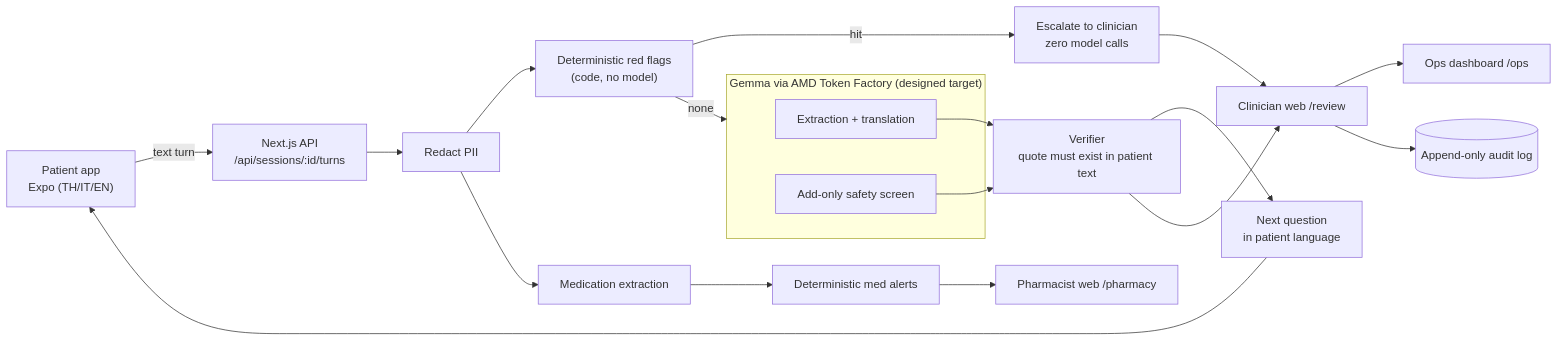
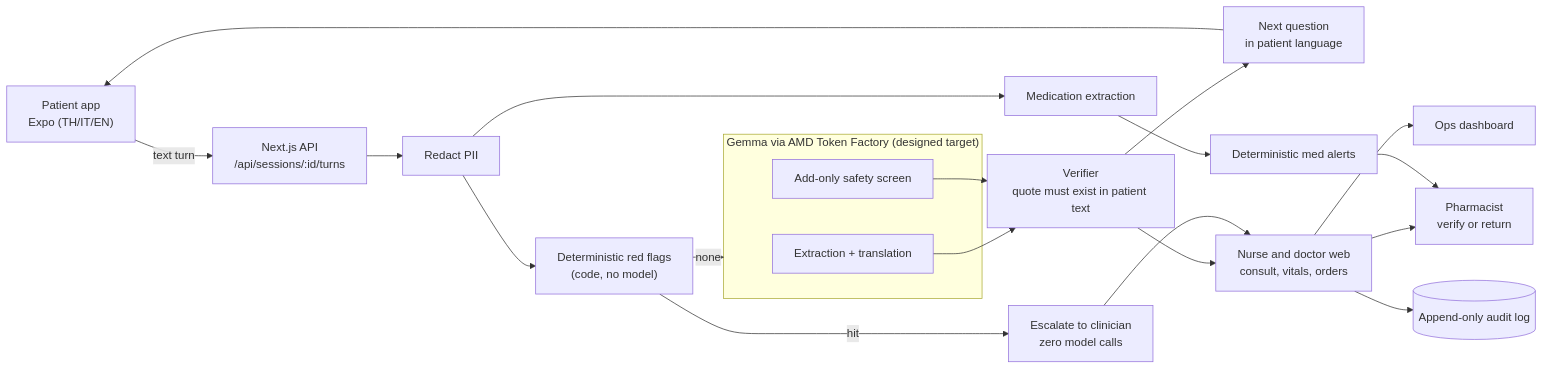
The diagram in README.md (AscalonX/MedX-AI), drawn with Mermaid before and after one commit. The commit also changed other lines of this file and 10 other files, not shown here.

Commit message:
docs: beautiful README — banner, badges, journey collage, architecture, safety, quick start, limitations

````diff
--- a/README.md
+++ b/README.md
@@ -42,22 +71,23 @@
 ```mermaid
 flowchart LR
   P["Patient app<br/>Expo (TH/IT/EN)"] -->|text turn| API["Next.js API<br/>/api/sessions/:id/turns"]
   API --> R["Redact PII"]
   R --> F["Deterministic red flags<br/>(code, no model)"]
   F -->|hit| E["Escalate to clinician<br/>zero model calls"]
   F -->|none| G
   subgraph G["Gemma via AMD Token Factory (designed target)"]
     X["Extraction + translation"]
     S["Add-only safety screen"]
   end
   X --> V["Verifier<br/>quote must exist in patient text"]
   S --> V
   V --> Q["Next question<br/>in patient language"]
   Q --> P
   R --> M["Medication extraction"] --> D["Deterministic med alerts"]
-  V --> C["Clinician web /review"]
+  V --> C["Nurse and doctor web<br/>consult, vitals, orders"]
   E --> C
-  D --> Ph["Pharmacist web /pharmacy"]
-  C --> O["Ops dashboard /ops"]
+  C --> Ph["Pharmacist<br/>verify or return"]
+  D --> Ph
+  C --> O["Ops dashboard"]
   C --> A[("Append-only audit log")]
 ```
````
